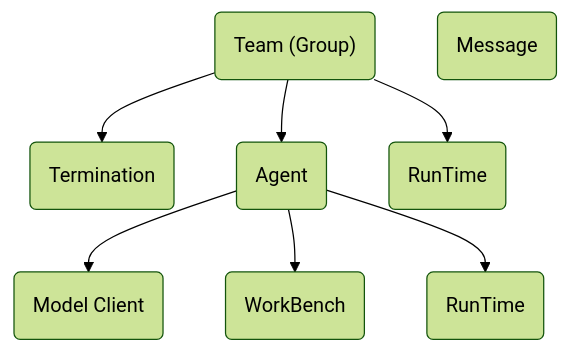
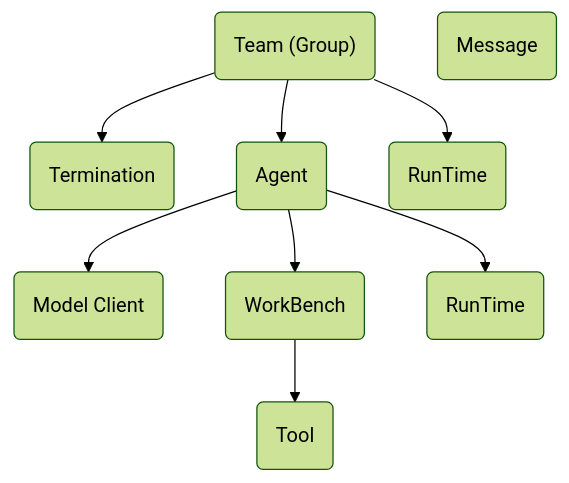
Before and after one commit to a171232886/Note_Python: the first of 3 diagrams in AutoGen源码解析.md, drawn with Mermaid (forest theme). The commit also changed other lines of this file, not shown here.

First line of the commit message:
Enhance documentation for FunctionTool and HttpTool

````diff
--- a/AutoGen源码解析.md
+++ b/AutoGen源码解析.md
@@ -9,12 +9,14 @@
    ```mermaid
    flowchart TB
    	A("Team (Group)") --> C(Termination)
    	A --> B(Agent)
    	A --> D(RunTime)
    	
    	B-->E(Model Client)
    	B-->F(WorkBench)
    	B-->G(RunTime)
    	
    	H(Message)
+   	
+   	F-->I(Tool)
    ```
````
